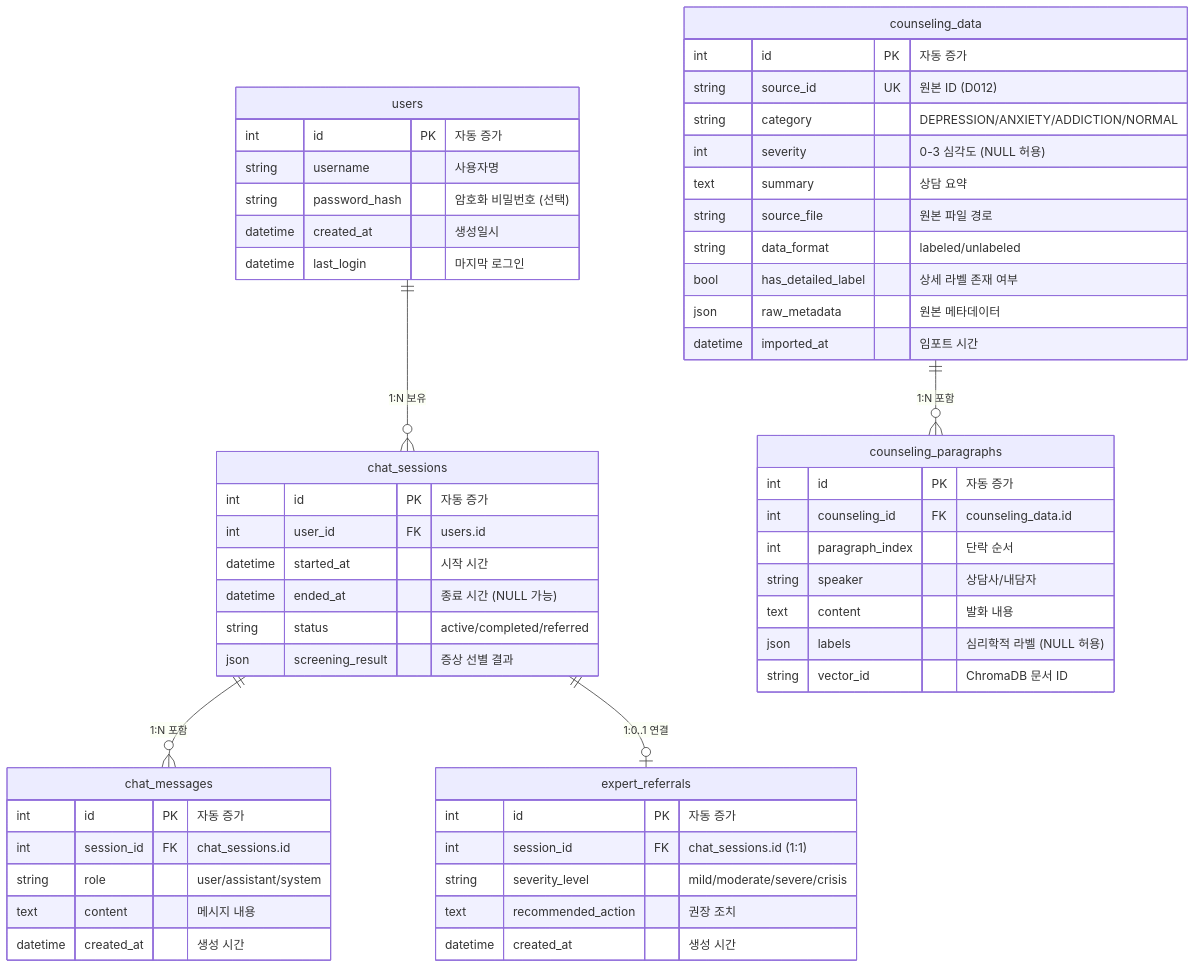
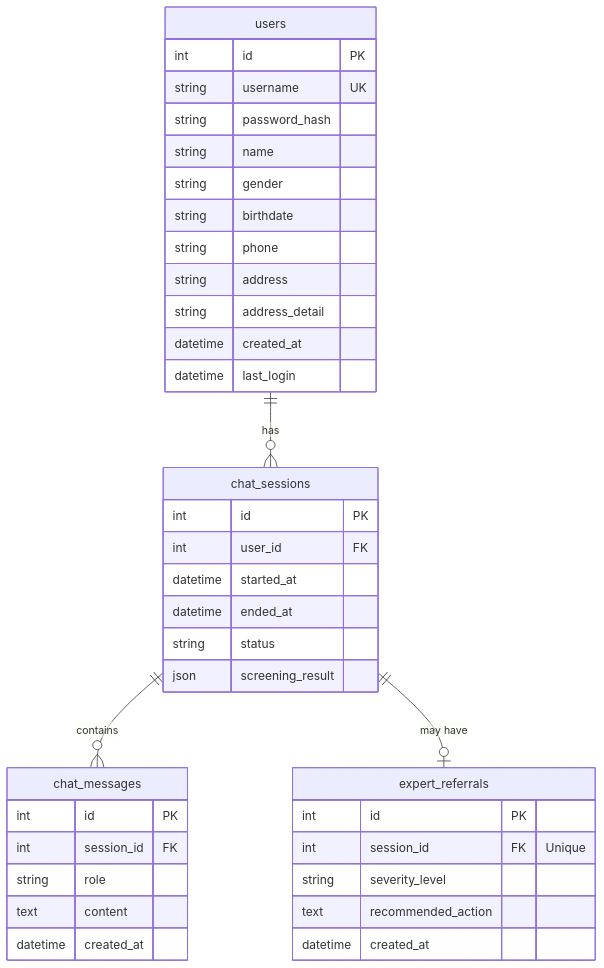
Before and after one commit to SKNETWORKS-FAMILY-AICAMP/SKN21-3rd-3Team: the diagram in README.md, drawn with Mermaid. The commit also changed other lines of this file, not shown here.

````diff
--- a/README.md
+++ b/README.md
@@ -374,63 +484,45 @@
 ```mermaid
 erDiagram
+    users ||--o{ chat_sessions : "has"
+    chat_sessions ||--o{ chat_messages : "contains"
+    chat_sessions ||--o| expert_referrals : "may have"
+
     users {
-        int id PK "자동 증가"
-        string username "사용자명"
-        string password_hash "암호화 비밀번호 (선택)"
-        datetime created_at "생성일시"
-        datetime last_login "마지막 로그인"
+        int id PK
+        string username UK
+        string password_hash
+        string name
+        string gender
+        string birthdate
+        string phone
+        string address
+        string address_detail
+        datetime created_at
+        datetime last_login
     }
-    
+
     chat_sessions {
-        int id PK "자동 증가"
-        int user_id FK "users.id"
-        datetime started_at "시작 시간"
-        datetime ended_at "종료 시간 (NULL 가능)"
-        string status "active/completed/referred"
-        json screening_result "증상 선별 결과"
+        int id PK
+        int user_id FK
+        datetime started_at
+        datetime ended_at
+        string status
+        json screening_result
     }
-    
+
     chat_messages {
-        int id PK "자동 증가"
-        int session_id FK "chat_sessions.id"
-        string role "user/assistant/system"
-        text content "메시지 내용"
-        datetime created_at "생성 시간"
+        int id PK
+        int session_id FK
+        string role
+        text content
+        datetime created_at
     }
-    
-    counseling_data {
-        int id PK "자동 증가"
-        string source_id UK "원본 ID (D012)"
-        string category "DEPRESSION/ANXIETY/ADDICTION/NORMAL"
-        int severity "0-3 심각도 (NULL 허용)"
-        text summary "상담 요약"
-        string source_file "원본 파일 경로"
-        string data_format "labeled/unlabeled"
-        bool has_detailed_label "상세 라벨 존재 여부"
-        json raw_metadata "원본 메타데이터"
-        datetime imported_at "임포트 시간"
+
+    expert_referrals {
+        int id PK
+        int session_id FK "Unique"
+        string severity_level
+        text recommended_action
+        datetime created_at
     }
-    
-    counseling_paragraphs {
-        int id PK "자동 증가"
-        int counseling_id FK "counseling_data.id"
-        int paragraph_index "단락 순서"
-        string speaker "상담사/내담자"
-        text content "발화 내용"
-        json labels "심리학적 라벨 (NULL 허용)"
-        string vector_id "ChromaDB 문서 ID"
-    }
-    
-    expert_referrals {
-        int id PK "자동 증가"
-        int session_id FK "chat_sessions.id (1:1)"
-        string severity_level "mild/moderate/severe/crisis"
-        text recommended_action "권장 조치"
-        datetime created_at "생성 시간"
-    }
-    
-    users ||--o{ chat_sessions : "1:N 보유"
-    chat_sessions ||--o{ chat_messages : "1:N 포함"
-    chat_sessions ||--o| expert_referrals : "1:0..1 연결"
-    counseling_data ||--o{ counseling_paragraphs : "1:N 포함"
 ```
````
